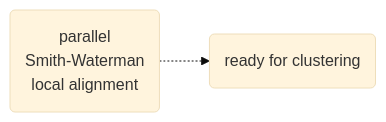
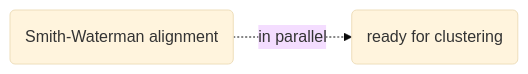
One commit to engelanna/androgen-receptor-clusters-world-map changed the third of 4 diagrams in README.md. Above: the diagram before and after it, drawn with Mermaid (base theme). The commit also changed other lines of this file, not shown here.

````diff
--- a/README.md
+++ b/README.md
@@ -57,5 +57,5 @@
 ```mermaid
 graph LR
-E(parallel<br>Smith-Waterman<br>local alignment) -.-> F(ready for clustering)
+E(Smith-Waterman alignment) -.-> |in parallel| F(ready for clustering)
 
 ```
````
